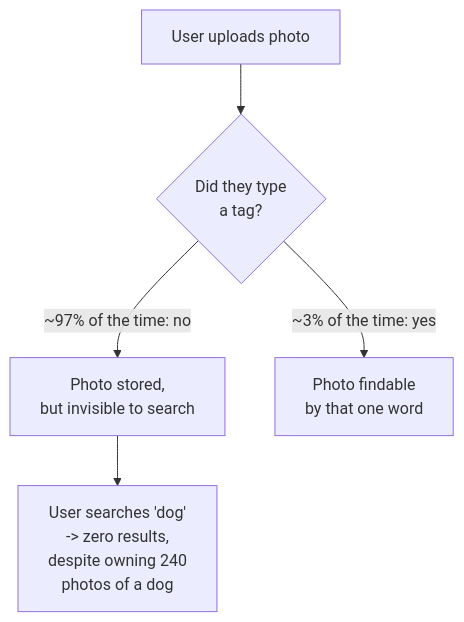
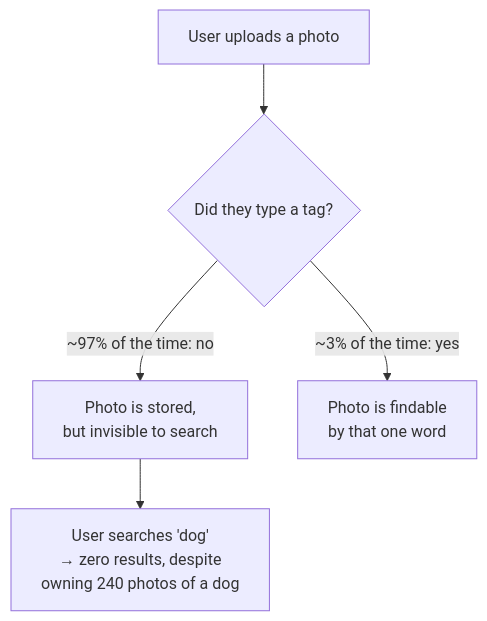
Before and after one commit to riyaz-pasha/Learnings: the first of 12 diagrams in system-design/HLD/0-course/58-Design-Google-Photos-FAANG-Guide-story.md, drawn with Mermaid. The commit also changed other lines of this file and 1 other file, not shown here.

Commit message:
[REWRITE] Google Photos story guide: simplify prose, add structure, fix diagrams

````diff
--- a/system-design/HLD/0-course/58-Design-Google-Photos-FAANG-Guide-story.md
+++ b/system-design/HLD/0-course/58-Design-Google-Photos-FAANG-Guide-story.md
@@ -38,7 +57,7 @@
 ```mermaid
 flowchart TD
-    U["User uploads photo"] --> T{"Did they type\na tag?"}
-    T -->|"~97% of the time: no"| Untagged["Photo stored,\nbut invisible to search"]
-    T -->|"~3% of the time: yes"| Tagged["Photo findable\nby that one word"]
-    Untagged --> Search["User searches 'dog'\n-> zero results,\ndespite owning 240\nphotos of a dog"]
+    U["User uploads a photo"] --> T{"Did they type a tag?"}
+    T -->|"~97% of the time: no"| Untagged["Photo is stored,<br/>but invisible to search"]
+    T -->|"~3% of the time: yes"| Tagged["Photo is findable<br/>by that one word"]
+    Untagged --> Search["User searches 'dog'<br/>→ zero results, despite<br/>owning 240 photos of a dog"]
 ```
````
